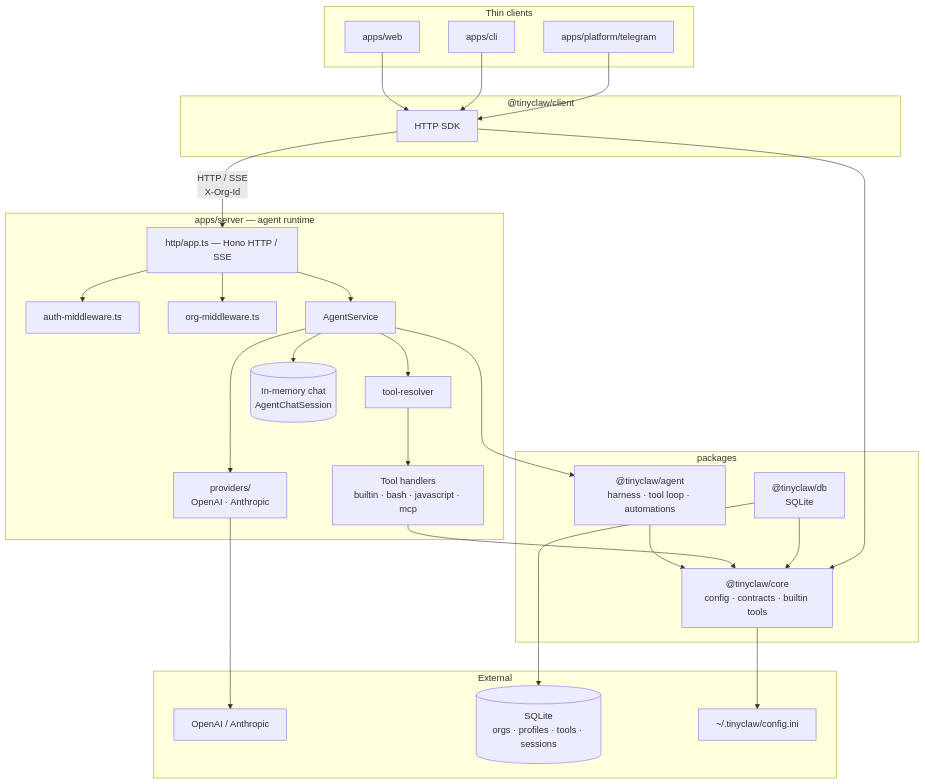
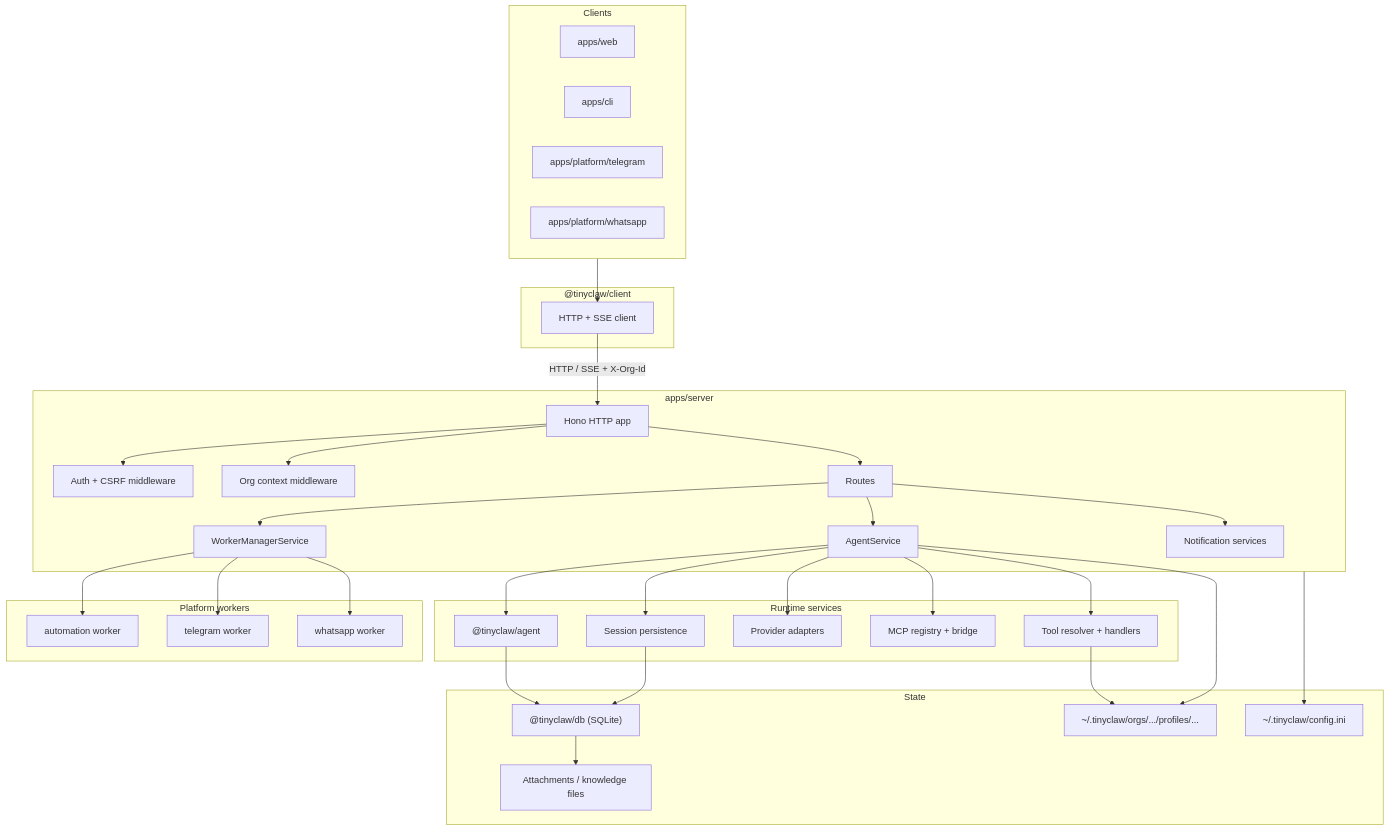
The diagram in ARCHITECTURE.md (ahmadrosid/nakama), drawn with Mermaid before and after one commit. The commit also changed other lines of this file and 4 other files, not shown here.

````diff
--- a/ARCHITECTURE.md
+++ b/ARCHITECTURE.md
@@ -7,55 +7,67 @@
 ```mermaid
 flowchart TB
-  subgraph clients ["Thin clients"]
+  subgraph clients ["Clients"]
     web["apps/web"]
     cli["apps/cli"]
-    telegram["apps/platform/telegram"]
+    tg["apps/platform/telegram"]
+    wa["apps/platform/whatsapp"]
   end
 
   subgraph sdk ["@tinyclaw/client"]
-    httpSdk["HTTP SDK"]
+    client["HTTP + SSE client"]
   end
 
-  subgraph server ["apps/server — agent runtime"]
-    app["http/app.ts — Hono HTTP / SSE"]
-    auth["auth-middleware.ts"]
-    orgCtx["org-middleware.ts"]
-    agentSvc["AgentService"]
-    resolver["tool-resolver"]
-    handlers["Tool handlers<br/>builtin · bash · javascript · mcp"]
-    providers["providers/<br/>OpenAI · Anthropic"]
-    memory[("In-memory chat<br/>AgentChatSession")]
+  subgraph server ["apps/server"]
+    http["Hono HTTP app"]
+    auth["Auth + CSRF middleware"]
+    org["Org context middleware"]
+    agent["AgentService"]
+    routes["Routes"]
+    workers["WorkerManagerService"]
+    notif["Notification services"]
   end
 
-  subgraph packages ["packages"]
-    core["@tinyclaw/core<br/>config · contracts · builtin tools"]
-    agent["@tinyclaw/agent<br/>harness · tool loop · automations"]
-    dbPkg["@tinyclaw/db<br/>SQLite"]
+  subgraph runtime ["Runtime services"]
+    harness["@tinyclaw/agent"]
+    tools["Tool resolver + handlers"]
+    providers["Provider adapters"]
+    mcp["MCP registry + bridge"]
+    persist["Session persistence"]
   end
 
-  subgraph external ["External"]
-    llm["OpenAI / Anthropic"]
-    sqlite[("SQLite<br/>orgs · profiles · tools · sessions")]
+  subgraph data ["State"]
+    db["@tinyclaw/db (SQLite)"]
+    soul["~/.tinyclaw/orgs/.../profiles/..."]
     config["~/.tinyclaw/config.ini"]
+    files["Attachments / knowledge files"]
   end
 
-  web --> httpSdk
-  cli --> httpSdk
-  telegram --> httpSdk
-  httpSdk -->|"HTTP / SSE<br/>X-Org-Id"| app
-  app --> auth
-  app --> orgCtx
-  app --> agentSvc
-  agentSvc --> agent
-  agentSvc --> resolver
-  resolver --> handlers
-  agentSvc --> providers
-  agentSvc --> memory
-  agent --> core
-  handlers --> core
-  dbPkg --> core
-  httpSdk --> core
-  providers --> llm
-  dbPkg --> sqlite
-  core --> config
+  subgraph workers2 ["Platform workers"]
+    automation["automation worker"]
+    telegram["telegram worker"]
+    whatsapp["whatsapp worker"]
+  end
+
+  clients --> client
+  client -->|"HTTP / SSE + X-Org-Id"| http
+  http --> auth
+  http --> org
+  http --> routes
+  routes --> agent
+  routes --> workers
+  routes --> notif
+  agent --> harness
+  agent --> tools
+  agent --> providers
+  agent --> mcp
+  agent --> persist
+  harness --> db
+  persist --> db
+  tools --> soul
+  agent --> soul
+  db --> files
+  server --> config
+  workers --> automation
+  workers --> telegram
+  workers --> whatsapp
 ```
````
